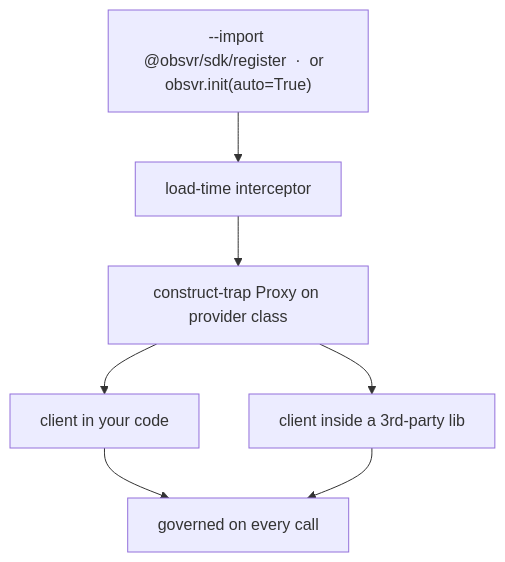
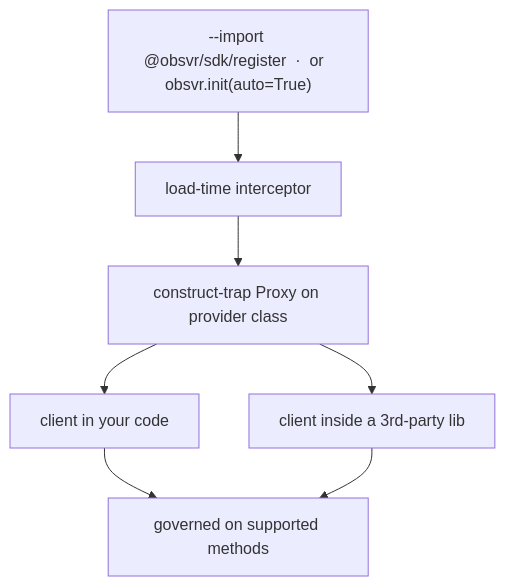
Before and after one commit to obsvr-dev/obsvr-sdk: the first of 2 diagrams in README.md, drawn with Mermaid. The commit also changed other lines of this file and 2 other files, not shown here.

````diff
--- a/README.md
+++ b/README.md
@@ -88,9 +88,9 @@
 ```mermaid
 flowchart TD
     reg["--import @obsvr/sdk/register  ·  or  obsvr.init(auto=True)"] --> hook["load-time interceptor"]
     hook --> trap["construct-trap Proxy on provider class"]
     trap --> a["client in your code"]
     trap --> b["client inside a 3rd-party lib"]
-    a --> gov["governed on every call"]
+    a --> gov["governed on supported methods"]
     b --> gov
 ```
````
